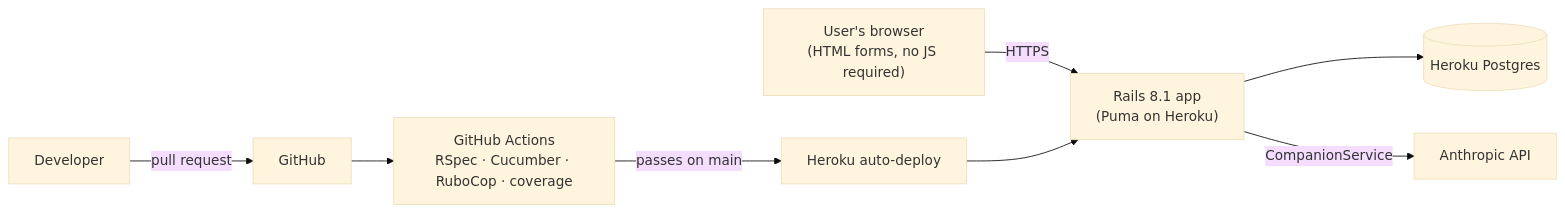
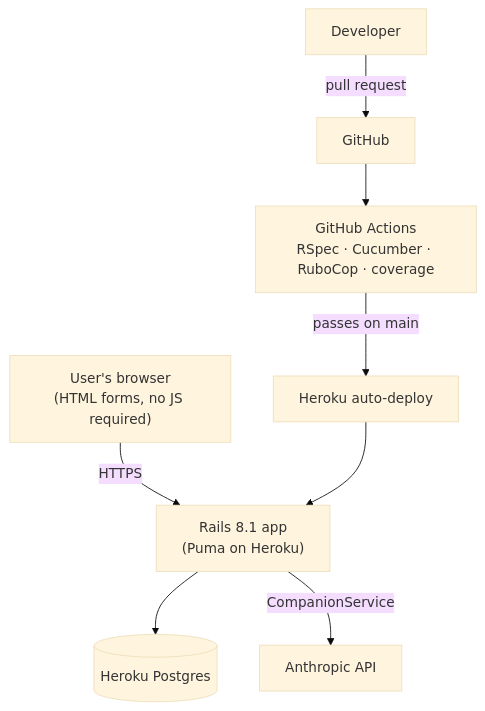
The first of 2 diagrams in README.md (tamu-edu-students/CSCE606-700-Fall2026-GroupRed), drawn with Mermaid (base theme) before and after one commit.

Commit message:
Lay out system diagram top to bottom
The left-to-right layout made the diagram too wide to read on
GitHub. Stacking it vertically keeps the labels legible.

````diff
--- a/README.md
+++ b/README.md
@@ -109,10 +109,10 @@
 ```mermaid
-flowchart LR
+flowchart TB
   Browser["User's browser<br/>(HTML forms, no JS required)"] -->|HTTPS| Rails["Rails 8.1 app<br/>(Puma on Heroku)"]
   Rails --> DB[("Heroku Postgres")]
   Rails -->|CompanionService| AI["Anthropic API"]
   Dev["Developer"] -->|pull request| GitHub["GitHub"]
   GitHub --> CI["GitHub Actions<br/>RSpec · Cucumber · RuboCop · coverage"]
   CI -->|passes on main| Heroku["Heroku auto-deploy"]
   Heroku --> Rails
 ```
````
